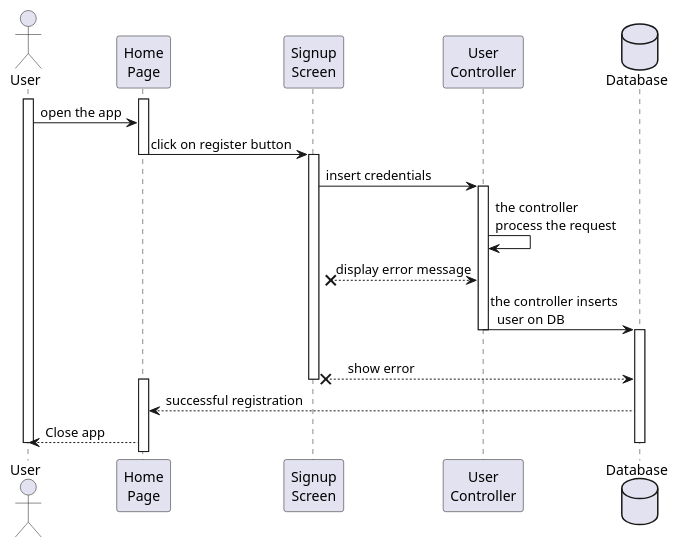
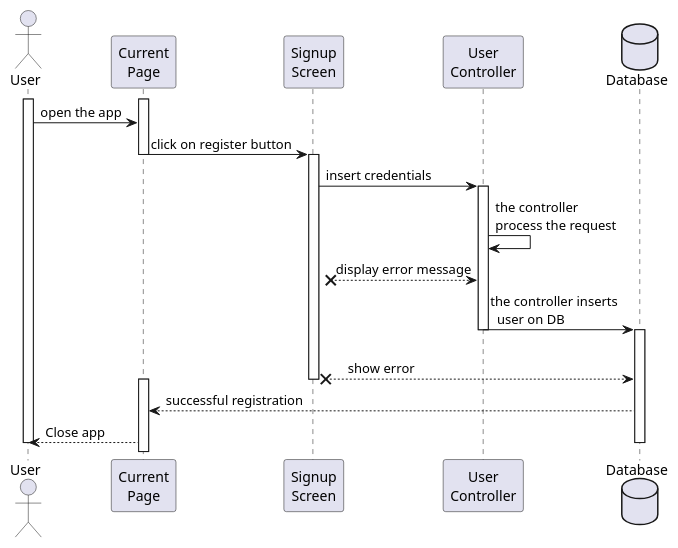
One commit to TommasoScalici/BnB changed the diagram in app-diagrams/sequence/user/signup.wsd. Above: the diagram before and after it, drawn with PlantUML. The commit also changed 1 other file, not shown here.

Commit message:
fix sequence diagrams: signin, signup

```diff
--- a/app-diagrams/sequence/user/signup.wsd
+++ b/app-diagrams/sequence/user/signup.wsd
@@ -1,33 +1,33 @@
-@startuml register
+@startuml signup
 
 actor User
-participant "Home\nPage" as HomePage
+participant "Current\nPage" as CurrentPage
 participant "Signup\nScreen" as SignupScreen
 participant "User\nController" as UserController
 database Database
 
 activate User
-    activate HomePage
-        User -> HomePage: open the app
-        HomePage -> SignupScreen: click on register button
-    deactivate HomePage
+    activate CurrentPage
+        User -> CurrentPage: open the app
+        CurrentPage -> SignupScreen: click on register button
+    deactivate CurrentPage
 
     activate SignupScreen
         SignupScreen -> UserController: insert credentials
         activate UserController
         UserController -> UserController: the controller\nprocess the request
         SignupScreen x-- UserController: display error message
         UserController -> Database: the controller inserts\n  user on DB
         deactivate UserController
 
         activate Database
         SignupScreen x-- Database : \n     show error
     deactivate SignupScreen
-    activate HomePage
-    deactivate HomePage
-    HomePage <-- Database: successful registration
-    User <-- HomePage: Close app
+    activate CurrentPage
+    deactivate CurrentPage
+    CurrentPage <-- Database: successful registration
+    User <-- CurrentPage: Close app
     deactivate Database
 deactivate User
 
 @enduml
```
